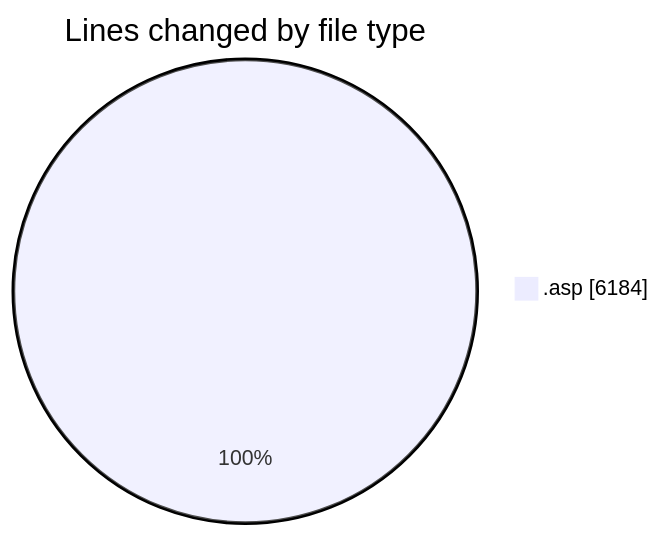
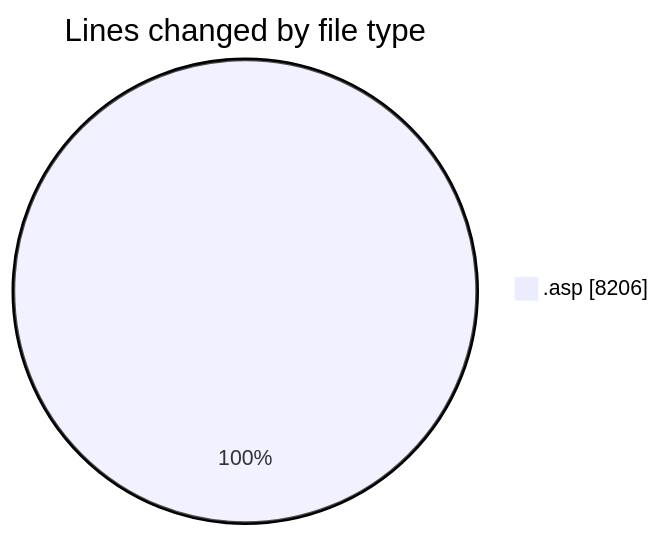
One commit to julien-gomy/code-tracking changed the first of 2 diagrams in 2025-11-28/cdp_aleoudev_fr__workspace_/README.md. Above: the diagram before and after it, drawn with Mermaid. The commit also changed other lines of this file and 1 other file, not shown here.

````diff
--- a/2025-11-28/cdp_aleoudev_fr__workspace_/README.md
+++ b/2025-11-28/cdp_aleoudev_fr__workspace_/README.md
@@ -22,5 +23,5 @@
 ```mermaid
 pie showData
 title Lines changed by file type
-".asp" : 6184
+".asp" : 8206
 ```
````
